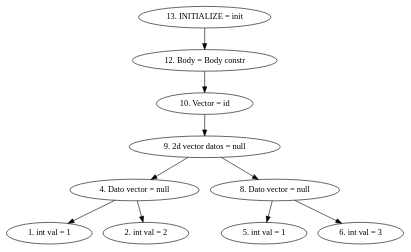
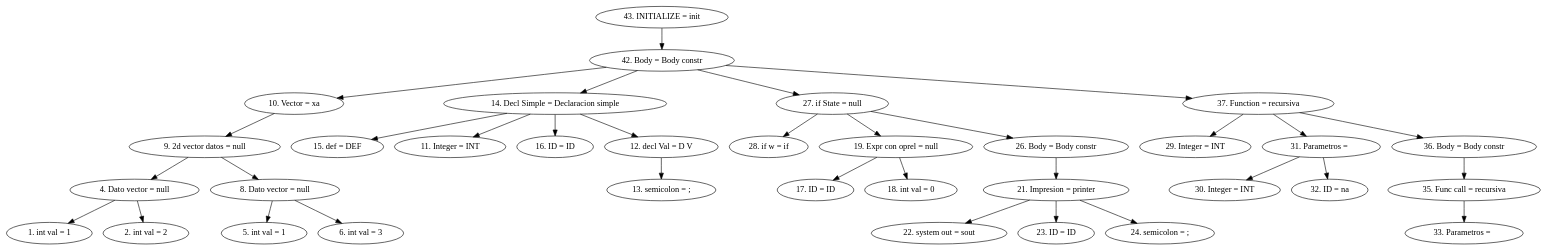
Before and after one commit to ErickCarrasco/ProyectoCompiladores: the diagram in Proyecto/NotExactlyRuby/AbstractSyntaxTree.dot, drawn with Graphviz. The commit also changed 1 other file, not shown here.

```diff
--- a/Proyecto/NotExactlyRuby/AbstractSyntaxTree.dot
+++ b/Proyecto/NotExactlyRuby/AbstractSyntaxTree.dot
@@ -1,13 +1,37 @@
 digraph G {
-"13. INITIALIZE = init"->"12. Body = Body constr"
-"12. Body = Body constr"->"10. Vector = id"
-"10. Vector = id"->"9. 2d vector datos = null"
+"43. INITIALIZE = init"->"42. Body = Body constr"
+"42. Body = Body constr"->"10. Vector = xa"
+"10. Vector = xa"->"9. 2d vector datos = null"
 "9. 2d vector datos = null"->"4. Dato vector = null"
 "4. Dato vector = null"->"1. int val = 1"
 "4. Dato vector = null"->"2. int val = 2"
 "9. 2d vector datos = null"->"8. Dato vector = null"
 "8. Dato vector = null"->"5. int val = 1"
 "8. Dato vector = null"->"6. int val = 3"
+"42. Body = Body constr"->"14. Decl Simple = Declaracion simple"
+"14. Decl Simple = Declaracion simple"->"15. def = DEF"
+"14. Decl Simple = Declaracion simple"->"11. Integer = INT"
+"14. Decl Simple = Declaracion simple"->"16. ID = ID"
+"14. Decl Simple = Declaracion simple"->"12. decl Val = D V"
+"12. decl Val = D V"->"13. semicolon = ;"
+"42. Body = Body constr"->"27. if State = null"
+"27. if State = null"->"28. if w = if"
+"27. if State = null"->"19. Expr con oprel = null"
+"19. Expr con oprel = null"->"17. ID = ID"
+"19. Expr con oprel = null"->"18. int val = 0"
+"27. if State = null"->"26. Body = Body constr"
+"26. Body = Body constr"->"21. Impresion = printer"
+"21. Impresion = printer"->"22. system out = sout"
+"21. Impresion = printer"->"23. ID = ID"
+"21. Impresion = printer"->"24. semicolon = ;"
+"42. Body = Body constr"->"37. Function = recursiva"
+"37. Function = recursiva"->"29. Integer = INT"
+"37. Function = recursiva"->"31. Parametros =  "
+"31. Parametros =  "->"30. Integer = INT"
+"31. Parametros =  "->"32. ID = na"
+"37. Function = recursiva"->"36. Body = Body constr"
+"36. Body = Body constr"->"35. Func call = recursiva"
+"35. Func call = recursiva"->"33. Parametros =  "
 
 
 }
```
